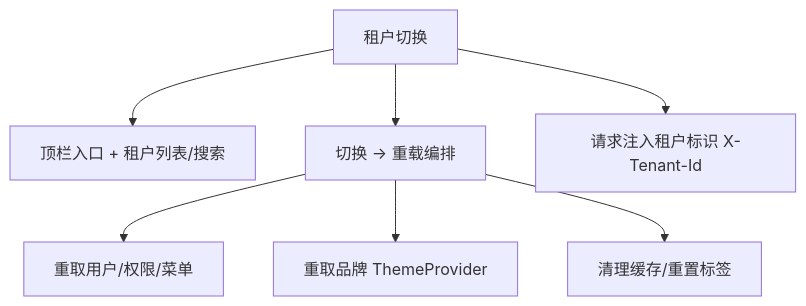
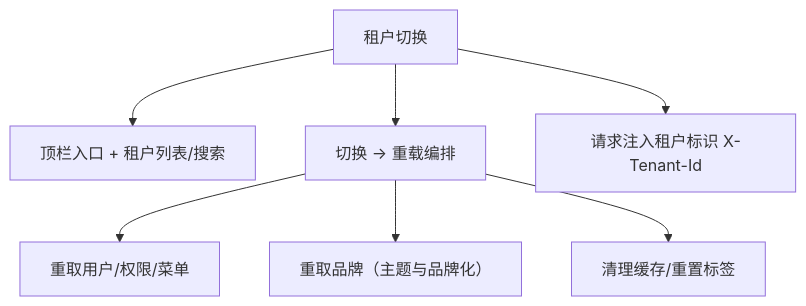
Before and after one commit to minjian123/basic-management-system: the diagram in bms文档/设计/组件设计/08_交互类/18_组件设计_租户切换/18_组件设计_租户切换.md, drawn with Mermaid. The commit also changed other lines of this file and 238 other files, not shown here.

````diff
--- a/bms文档/设计/组件设计/08_交互类/18_组件设计_租户切换/18_组件设计_租户切换.md
+++ b/bms文档/设计/组件设计/08_交互类/18_组件设计_租户切换/18_组件设计_租户切换.md
@@ -17,9 +18,9 @@
 ```mermaid
 flowchart TD
     A[租户切换] --> B[顶栏入口 + 租户列表/搜索]
     A --> C[切换 → 重载编排]
     C --> D[重取用户/权限/菜单]
-    C --> E[重取品牌 ThemeProvider]
+    C --> E[重取品牌（主题与品牌化）]
     C --> F[清理缓存/重置标签]
     A --> G[请求注入租户标识 X-Tenant-Id]
 ```
````
